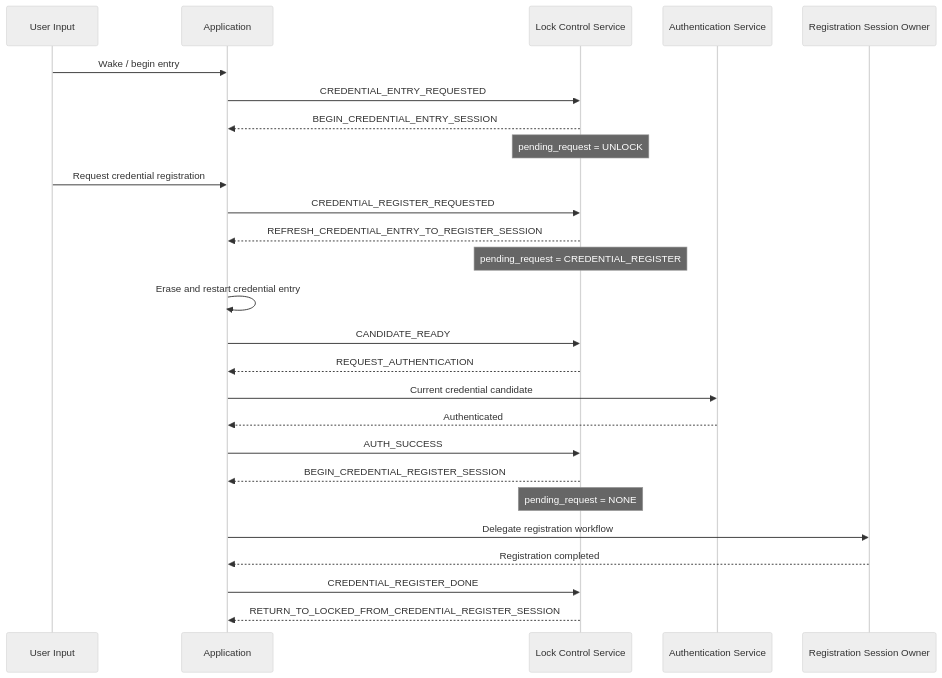
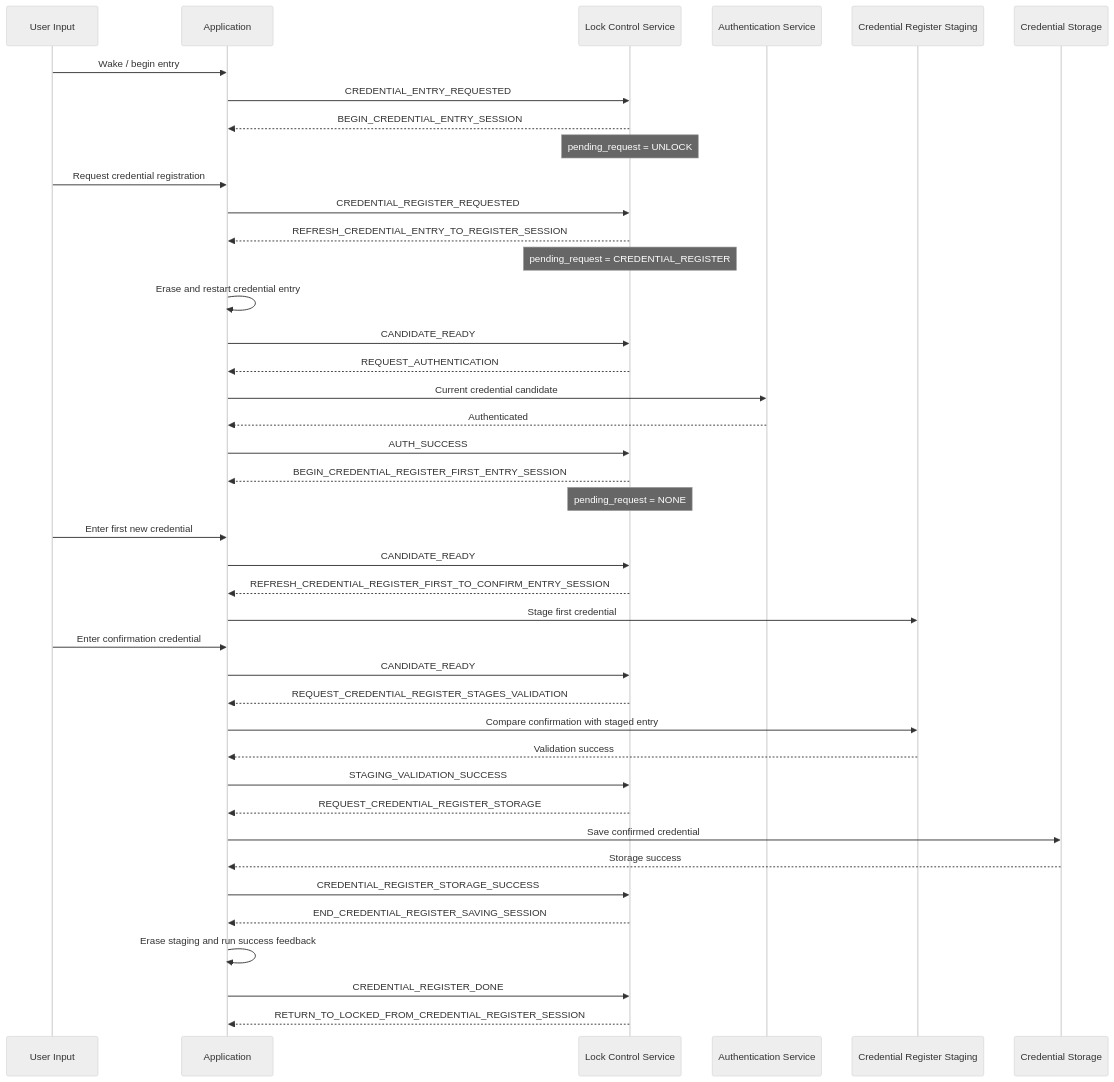
The sixth of 6 diagrams in Libs/Services/Lock_Control/README.md (JP-REY/STM32F103C8T6-Based-Electronic-Lock), drawn with Mermaid (neutral theme) before and after one commit. The commit also changed other lines of this file and 8 other files, not shown here.

First line of the commit message:
feature(lock-control): integrate credential register flow into FSM

````diff
--- a/Libs/Services/Lock_Control/README.md
+++ b/Libs/Services/Lock_Control/README.md
@@ -942,29 +1064,44 @@
 ```mermaid
 sequenceDiagram
     participant U as User Input
     participant APP as Application
     participant LCS as Lock Control Service
     participant AUTH as Authentication Service
-    participant REG as Registration Session Owner
+    participant CRS as Credential Register Staging
+    participant CSS as Credential Storage
 
     U->>APP: Wake / begin entry
     APP->>LCS: CREDENTIAL_ENTRY_REQUESTED
     LCS-->>APP: BEGIN_CREDENTIAL_ENTRY_SESSION
     Note over LCS: pending_request = UNLOCK
     U->>APP: Request credential registration
     APP->>LCS: CREDENTIAL_REGISTER_REQUESTED
     LCS-->>APP: REFRESH_CREDENTIAL_ENTRY_TO_REGISTER_SESSION
     Note over LCS: pending_request = CREDENTIAL_REGISTER
     APP->>APP: Erase and restart credential entry
     APP->>LCS: CANDIDATE_READY
     LCS-->>APP: REQUEST_AUTHENTICATION
     APP->>AUTH: Current credential candidate
     AUTH-->>APP: Authenticated
     APP->>LCS: AUTH_SUCCESS
-    LCS-->>APP: BEGIN_CREDENTIAL_REGISTER_SESSION
+    LCS-->>APP: BEGIN_CREDENTIAL_REGISTER_FIRST_ENTRY_SESSION
     Note over LCS: pending_request = NONE
-    APP->>REG: Delegate registration workflow
-    REG-->>APP: Registration completed
+    U->>APP: Enter first new credential
+    APP->>LCS: CANDIDATE_READY
+    LCS-->>APP: REFRESH_CREDENTIAL_REGISTER_FIRST_TO_CONFIRM_ENTRY_SESSION
+    APP->>CRS: Stage first credential
+    U->>APP: Enter confirmation credential
+    APP->>LCS: CANDIDATE_READY
+    LCS-->>APP: REQUEST_CREDENTIAL_REGISTER_STAGES_VALIDATION
+    APP->>CRS: Compare confirmation with staged entry
+    CRS-->>APP: Validation success
+    APP->>LCS: STAGING_VALIDATION_SUCCESS
+    LCS-->>APP: REQUEST_CREDENTIAL_REGISTER_STORAGE
+    APP->>CSS: Save confirmed credential
+    CSS-->>APP: Storage success
+    APP->>LCS: CREDENTIAL_REGISTER_STORAGE_SUCCESS
+    LCS-->>APP: END_CREDENTIAL_REGISTER_SAVING_SESSION
+    APP->>APP: Erase staging and run success feedback
     APP->>LCS: CREDENTIAL_REGISTER_DONE
     LCS-->>APP: RETURN_TO_LOCKED_FROM_CREDENTIAL_REGISTER_SESSION
 ```
````
